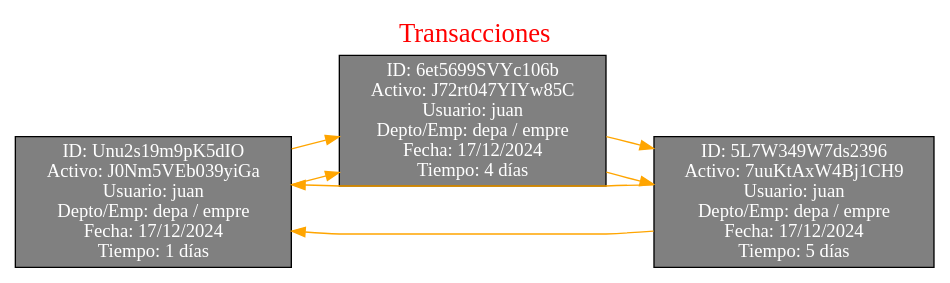
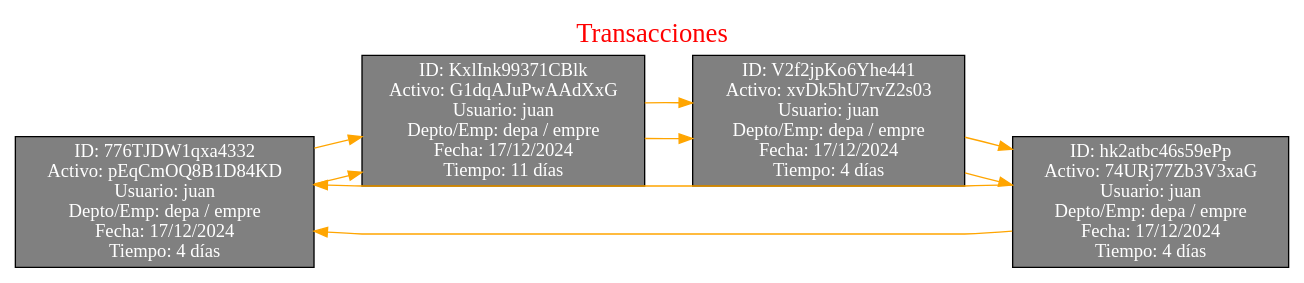
One commit to Brandon22023/-EDD-Proyecto1_202300813 changed the diagram in Proyecto1/cmake-build-debug/reporte_transacciones.dot. Above: the diagram before and after it, drawn with Graphviz. The commit also changed 31 other files, not shown here.

```diff
--- a/Proyecto1/cmake-build-debug/reporte_transacciones.dot
+++ b/Proyecto1/cmake-build-debug/reporte_transacciones.dot
@@ -1,18 +1,21 @@
 digraph G {
     node [shape=box, color=black, style=filled, fillcolor=gray, fontcolor=white];
     graph [splines=polyline, nodesep=0.5];
     rankdir=LR;
     label="Transacciones";
     labelloc="t";
     fontsize=20;
     fontcolor=red;
-    nodo0 [label="ID: Unu2s19m9pK5dIO\nActivo: J0Nm5VEb039yiGa\nUsuario: juan\nDepto/Emp: depa / empre\nFecha: 17/12/2024\nTiempo: 1 días"];
-    nodo1 [label="ID: 6et5699SVYc106b\nActivo: J72rt047YIYw85C\nUsuario: juan\nDepto/Emp: depa / empre\nFecha: 17/12/2024\nTiempo: 4 días"];
-    nodo2 [label="ID: 5L7W349W7ds2396\nActivo: 7uuKtAxW4Bj1CH9\nUsuario: juan\nDepto/Emp: depa / empre\nFecha: 17/12/2024\nTiempo: 5 días"];
+    nodo0 [label="ID: 776TJDW1qxa4332\nActivo: pEqCmOQ8B1D84KD\nUsuario: juan\nDepto/Emp: depa / empre\nFecha: 17/12/2024\nTiempo: 4 días"];
+    nodo1 [label="ID: KxlInk99371CBlk\nActivo: G1dqAJuPwAAdXxG\nUsuario: juan\nDepto/Emp: depa / empre\nFecha: 17/12/2024\nTiempo: 11 días"];
+    nodo2 [label="ID: V2f2jpKo6Yhe441\nActivo: xvDk5hU7rvZ2s03\nUsuario: juan\nDepto/Emp: depa / empre\nFecha: 17/12/2024\nTiempo: 4 días"];
+    nodo3 [label="ID: hk2atbc46s59ePp\nActivo: 74URj77Zb3V3xaG\nUsuario: juan\nDepto/Emp: depa / empre\nFecha: 17/12/2024\nTiempo: 4 días"];
     nodo0 -> nodo1 [color=orange];
-    nodo0 -> nodo2 [color=orange, dir=back];
+    nodo0 -> nodo3 [color=orange, dir=back];
     nodo1 -> nodo2 [color=orange];
     nodo1 -> nodo0 [color=orange, dir=back];
-    nodo2 -> nodo0 [color=orange];
+    nodo2 -> nodo3 [color=orange];
     nodo2 -> nodo1 [color=orange, dir=back];
+    nodo3 -> nodo0 [color=orange];
+    nodo3 -> nodo2 [color=orange, dir=back];
 }
```
